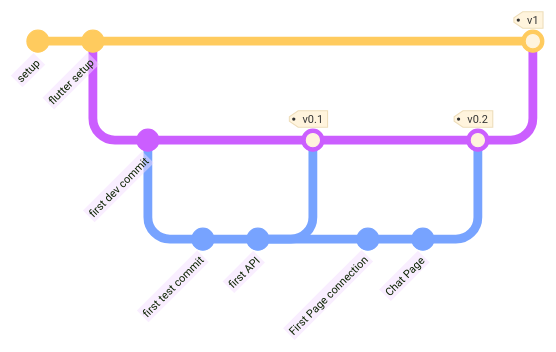
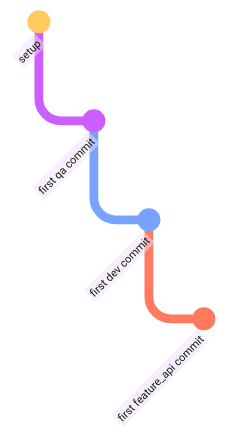
Before and after one commit to DeVinci-FabLab/FabApp: the second of 2 diagrams in README.md, drawn with Mermaid. The commit also changed other lines of this file and 8 other files, not shown here.

Commit message:
setup api

````diff
--- a/README.md
+++ b/README.md
@@ -19,26 +18,17 @@
  ```mermaid
  %%{init: { 'logLevel': 'debug', 'theme': 'base', 'gitGraph': {'showBranches': false}}}%%
     gitGraph:
     commit id:"setup"
-    commit id:"flutter setup"
-    branch Developpement
-    checkout Developpement
+    branch qa
+    checkout qa
+    commit id:"first qa commit"
+    branch dev
+    checkout dev
     commit id:"first dev commit"
-    branch Test
-    checkout Test
-    commit id:"first test commit"
-    commit id:"first API"
-    checkout Developpement
-    merge Test tag:"v0.1"
-    
-    checkout Test
-    commit id:"First Page connection"
-    commit id:"Chat Page"
-    checkout Developpement
-    merge Test tag:"v0.2"
+    branch feature_api
+    checkout feature_api
+    commit id:"first feature_api commit"
 
-    checkout main
-    merge Developpement tag:"v1"
 
 
 ```
````
